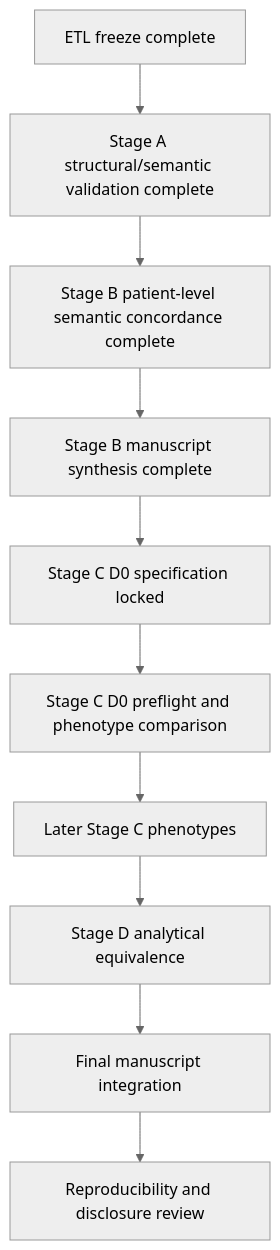
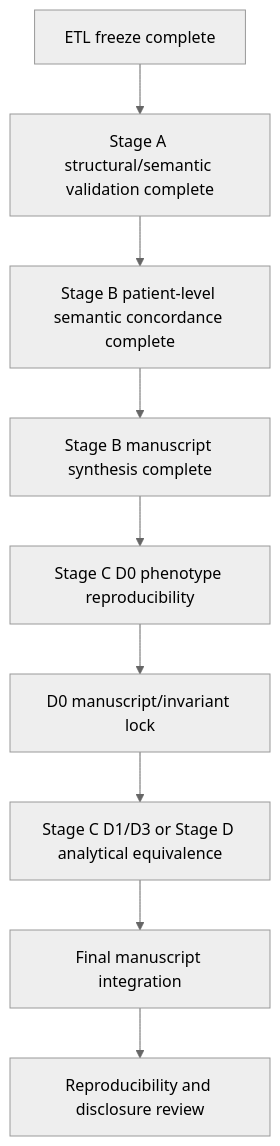
The second of 2 diagrams in docs/current_status_and_publication_plan.md (vafaei-ar/pcornet-omop-validation), drawn with Mermaid (neutral theme) before and after one commit. The commit also changed other lines of this file, not shown here.

Commit message:
Record Stage C D0 outcome progress

````diff
--- a/docs/current_status_and_publication_plan.md
+++ b/docs/current_status_and_publication_plan.md
@@ -92,12 +105,11 @@
 ```mermaid
 flowchart TD
     A[ETL freeze complete] --> B[Stage A structural/semantic validation complete]
     B --> C[Stage B patient-level semantic concordance complete]
     C --> D[Stage B manuscript synthesis complete]
-    D --> E[Stage C D0 specification locked]
-    E --> F[Stage C D0 preflight and phenotype comparison]
-    F --> G[Later Stage C phenotypes]
-    G --> H[Stage D analytical equivalence]
-    H --> I[Final manuscript integration]
-    I --> J[Reproducibility and disclosure review]
+    D --> E[Stage C D0 phenotype reproducibility]
+    E --> F[D0 manuscript/invariant lock]
+    F --> G[Stage C D1/D3 or Stage D analytical equivalence]
+    G --> H[Final manuscript integration]
+    H --> I[Reproducibility and disclosure review]
 ```
````
